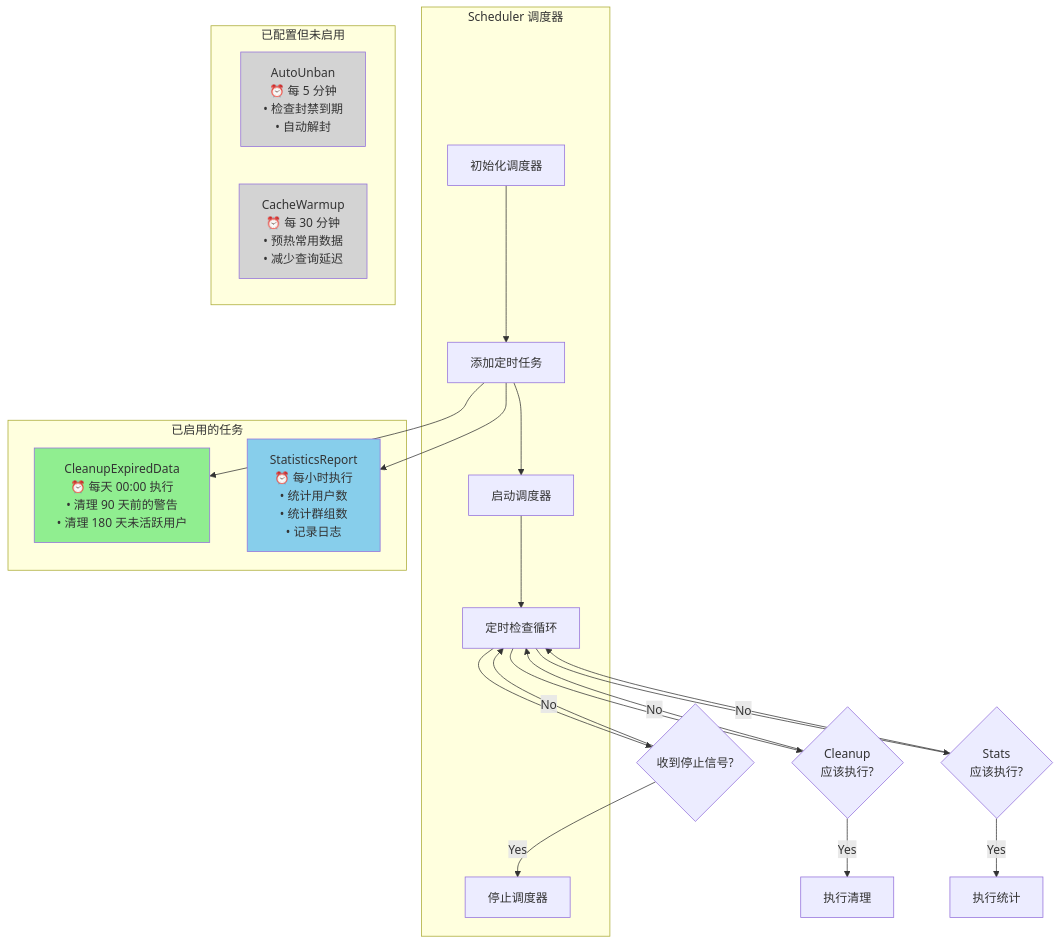
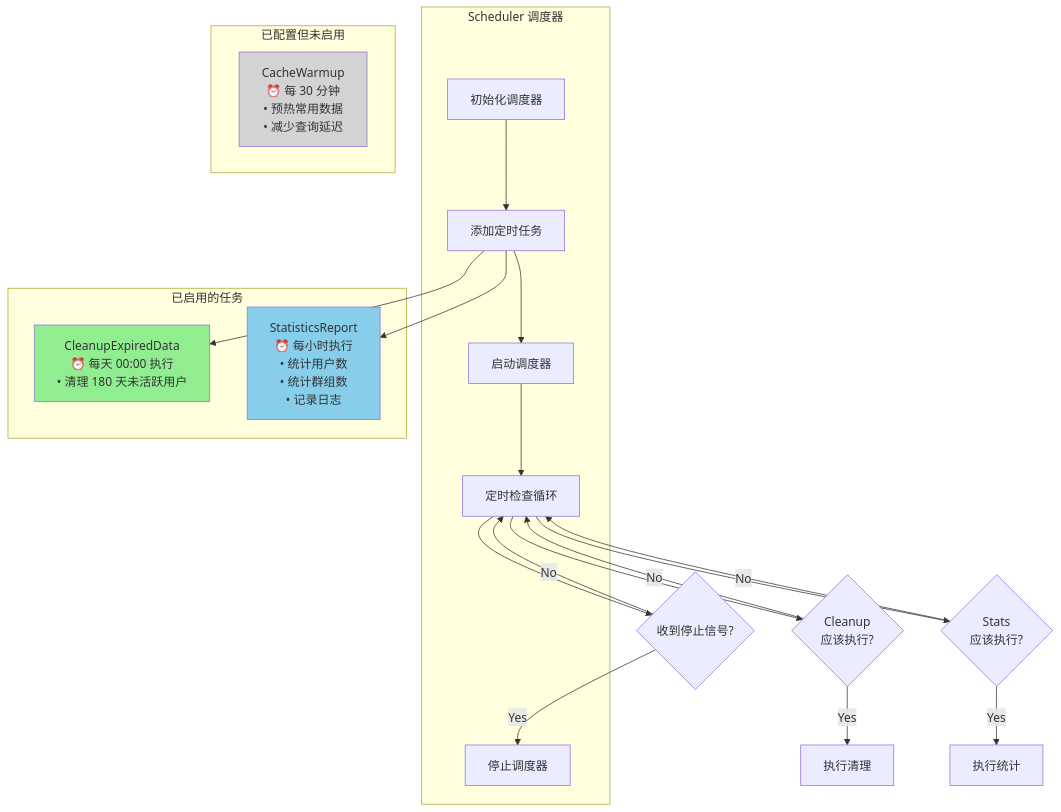
Before and after one commit to asmitul/go-telegram-bot: diagram 17 of 26 in docs/architecture-diagram.md, drawn with Mermaid. The commit also changed other lines of this file and 11 other files, not shown here.

Commit message:
✔️ 移除警告和封禁集合的相关文档和代码，更新架构图，调整定时任务和命令参考文档，确保与当前实现一致性；重构群组设置，添加群组限制功能，优化性能和清理逻辑。

````diff
--- a/docs/architecture-diagram.md
+++ b/docs/architecture-diagram.md
@@ -784,43 +782,41 @@
 ```mermaid
 graph TB
     subgraph Scheduler[Scheduler 调度器]
         Init["初始化调度器"]
         AddJobs["添加定时任务"]
         Start["启动调度器"]
         Loop["定时检查循环"]
         Stop["停止调度器"]
     end
 
     subgraph EnabledJobs[已启用的任务]
-        Cleanup["CleanupExpiredData<br/>⏰ 每天 00:00 执行<br/>• 清理 90 天前的警告<br/>• 清理 180 天未活跃用户"]
+        Cleanup["CleanupExpiredData<br/>⏰ 每天 00:00 执行<br/>• 清理 180 天未活跃用户"]
         Stats["StatisticsReport<br/>⏰ 每小时执行<br/>• 统计用户数<br/>• 统计群组数<br/>• 记录日志"]
     end
 
     subgraph DisabledJobs[已配置但未启用]
-        AutoUnban["AutoUnban<br/>⏰ 每 5 分钟<br/>• 检查封禁到期<br/>• 自动解封"]
         CacheWarmup["CacheWarmup<br/>⏰ 每 30 分钟<br/>• 预热常用数据<br/>• 减少查询延迟"]
     end
 
     Init --> AddJobs
     AddJobs --> Cleanup
     AddJobs --> Stats
     AddJobs --> Start
     Start --> Loop
 
     Loop --> CheckCleanup{Cleanup<br/>应该执行?}
     CheckCleanup -->|Yes| ExecCleanup[执行清理]
     CheckCleanup -->|No| Loop
 
     Loop --> CheckStats{Stats<br/>应该执行?}
     CheckStats -->|Yes| ExecStats[执行统计]
     CheckStats -->|No| Loop
 
     Loop --> SignalCheck{收到停止信号?}
     SignalCheck -->|Yes| Stop
     SignalCheck -->|No| Loop
 
     style Cleanup fill:#90EE90
     style Stats fill:#87CEEB
-    style AutoUnban fill:#D3D3D3
     style CacheWarmup fill:#D3D3D3
 ```
````
